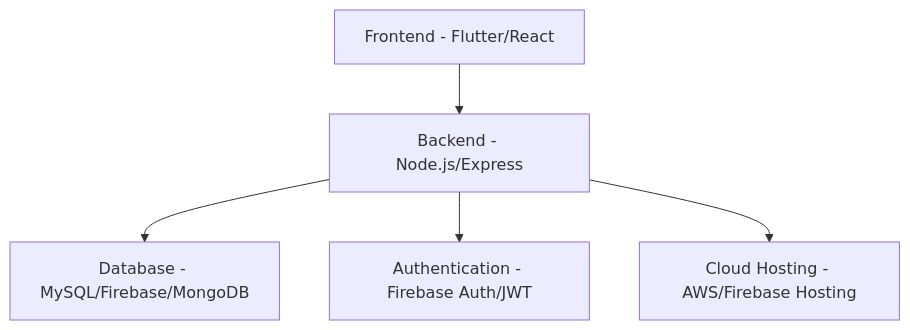
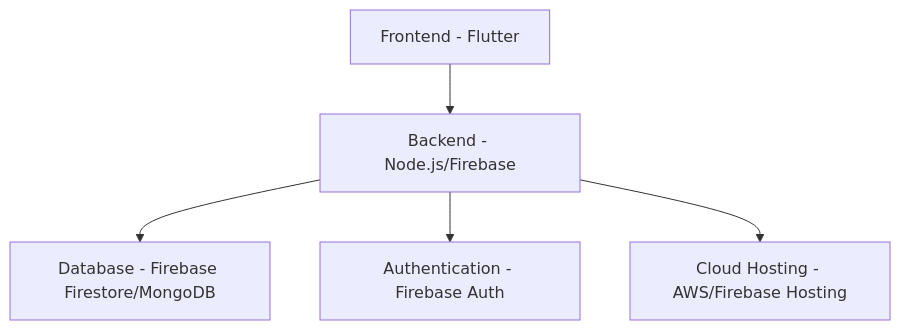
One commit to Avi0221/EduPro-Smart-Learning-Platform changed the diagram in README.md. Above: the diagram before and after it, drawn with Mermaid. The commit also changed other lines of this file, not shown here.

````diff
--- a/README.md
+++ b/README.md
@@ -71,7 +71,7 @@
 ```mermaid
 graph TD;
-A[Frontend - Flutter/React] --> B[Backend - Node.js/Express];
-B --> C[Database - MySQL/Firebase/MongoDB];
-B --> D[Authentication - Firebase Auth/JWT];
+A[Frontend - Flutter] --> B[Backend - Node.js/Firebase];
+B --> C[Database - Firebase Firestore/MongoDB];
+B --> D[Authentication - Firebase Auth];
 B --> E[Cloud Hosting - AWS/Firebase Hosting];
 ```
````
